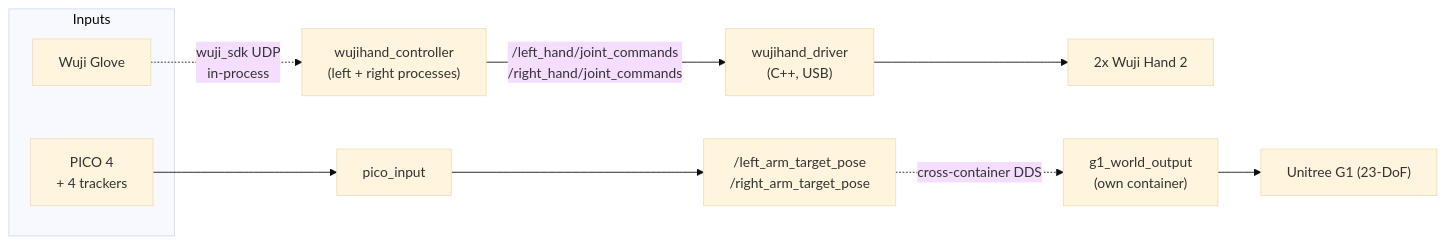
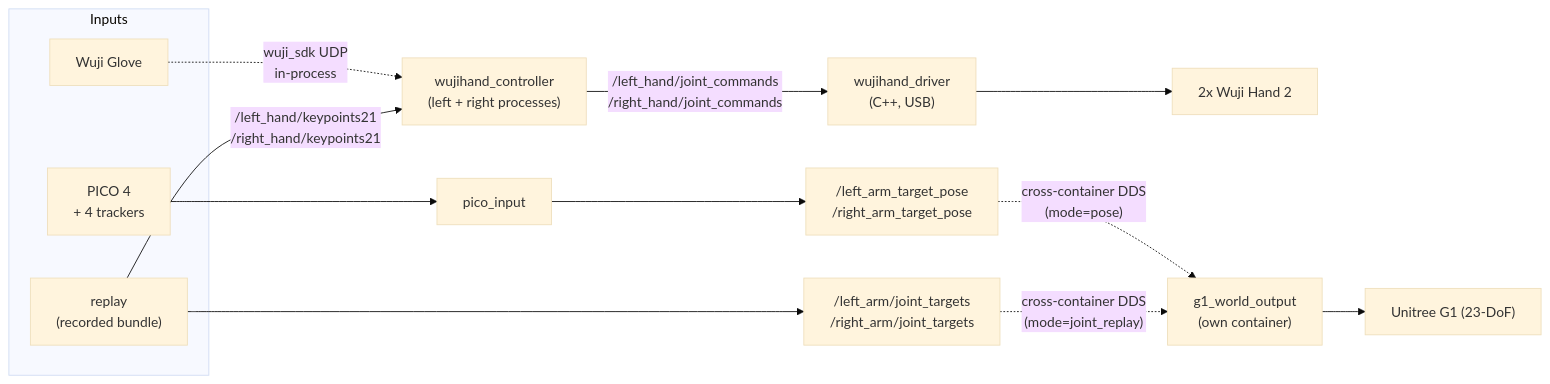
The first of 3 diagrams in docs/architecture.md (MSC-Wuji-Teleop/wuji-hand-teleop), drawn with Mermaid (base theme) before and after one commit. The commit also changed other lines of this file and 6 other files, not shown here.

````diff
--- a/docs/architecture.md
+++ b/docs/architecture.md
@@ -29,18 +30,22 @@
 ```mermaid
 graph LR
     subgraph Inputs
         WG["Wuji Glove"]
         PICO["PICO 4<br/>+ 4 trackers"]
+        SOT["replay<br/>(recorded bundle)"]
     end
 
     WG -. "wuji_sdk UDP<br/>in-process" .-> HC["wujihand_controller<br/>(left + right processes)"]
     PICO --> PI["pico_input"]
 
     PI --> TP["/left_arm_target_pose<br/>/right_arm_target_pose"]
+    SOT --> JT["/left_arm/joint_targets<br/>/right_arm/joint_targets"]
+    SOT -- "/left_hand/keypoints21<br/>/right_hand/keypoints21" --> HC
 
     HC -- "/left_hand/joint_commands<br/>/right_hand/joint_commands" --> DRV["wujihand_driver<br/>(C++, USB)"]
     DRV --> HAND["2x Wuji Hand 2"]
 
-    TP -.->|"cross-container DDS"| G1O["g1_world_output<br/>(own container)"]
+    TP -.->|"cross-container DDS<br/>(mode=pose)"| G1O["g1_world_output<br/>(own container)"]
+    JT -.->|"cross-container DDS<br/>(mode=joint_replay)"| G1O
     G1O --> G1["Unitree G1 (23-DoF)"]
 ```
````
